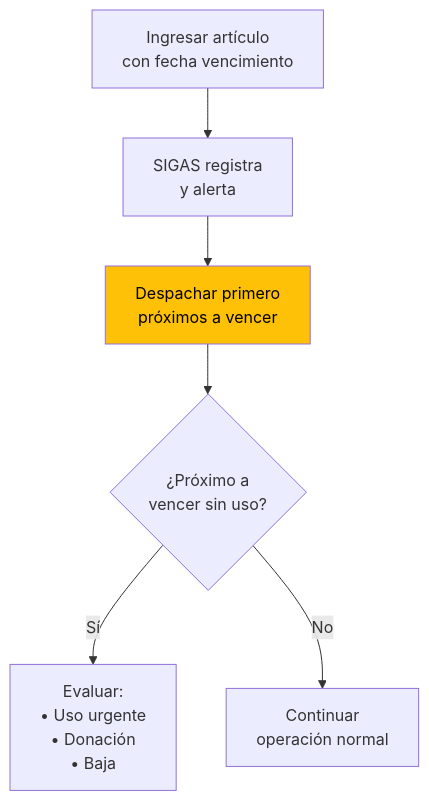
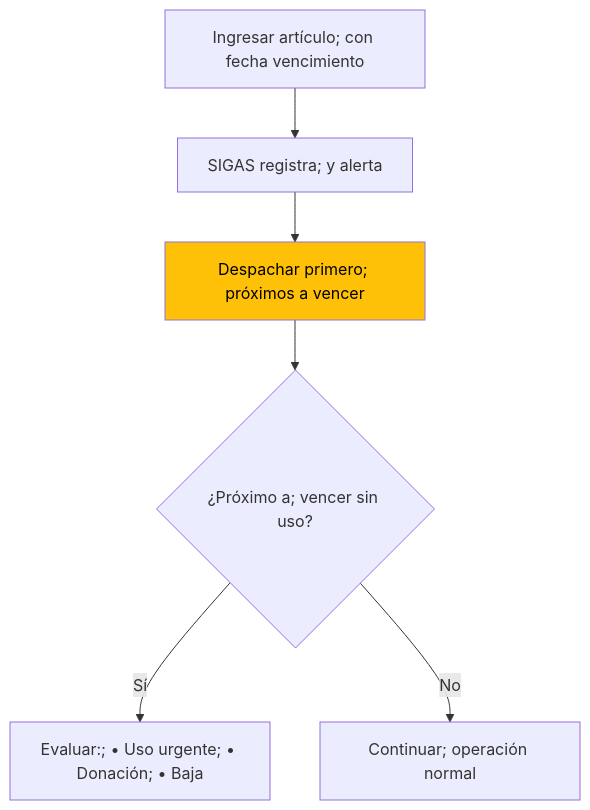
The sixth of 12 diagrams in drafts/gn/bpmn/bpmn-d05-inventarios-activo-fijo.md (felix-antonio-sl/kora), drawn with Mermaid before and after one commit. The commit also changed other lines of this file and 265 other files, not shown here.

````diff
--- a/drafts/gn/bpmn/bpmn-d05-inventarios-activo-fijo.md
+++ b/drafts/gn/bpmn/bpmn-d05-inventarios-activo-fijo.md
@@ -155,9 +167,10 @@
 ```mermaid
 flowchart TD
-    A["Ingresar artículo<br/>con fecha vencimiento"] --> B["SIGAS registra<br/>y alerta"]
-    B --> C["Despachar primero<br/>próximos a vencer"]
-    C --> D{"¿Próximo a<br/>vencer sin uso?"}
-    D -->|"Sí"| E["Evaluar:<br/>• Uso urgente<br/>• Donación<br/>• Baja"]
-    D -->|"No"| F["Continuar<br/>operación normal"]
-    style C fill:#FFC107,color:#000
+ A["Ingresar artículo; con fecha vencimiento"] --> B["SIGAS registra; y alerta"]
+ B --> C["Despachar primero; próximos a vencer"]
+ C --> D{"¿Próximo a; vencer sin uso?"}
+ D -->|"Sí"| E["Evaluar:; • Uso urgente; • Donación; • Baja"]
+ D -->|"No"| F["Continuar; operación normal"]
+
+ style C fill:#FFC107,color:#000
 ```
````
